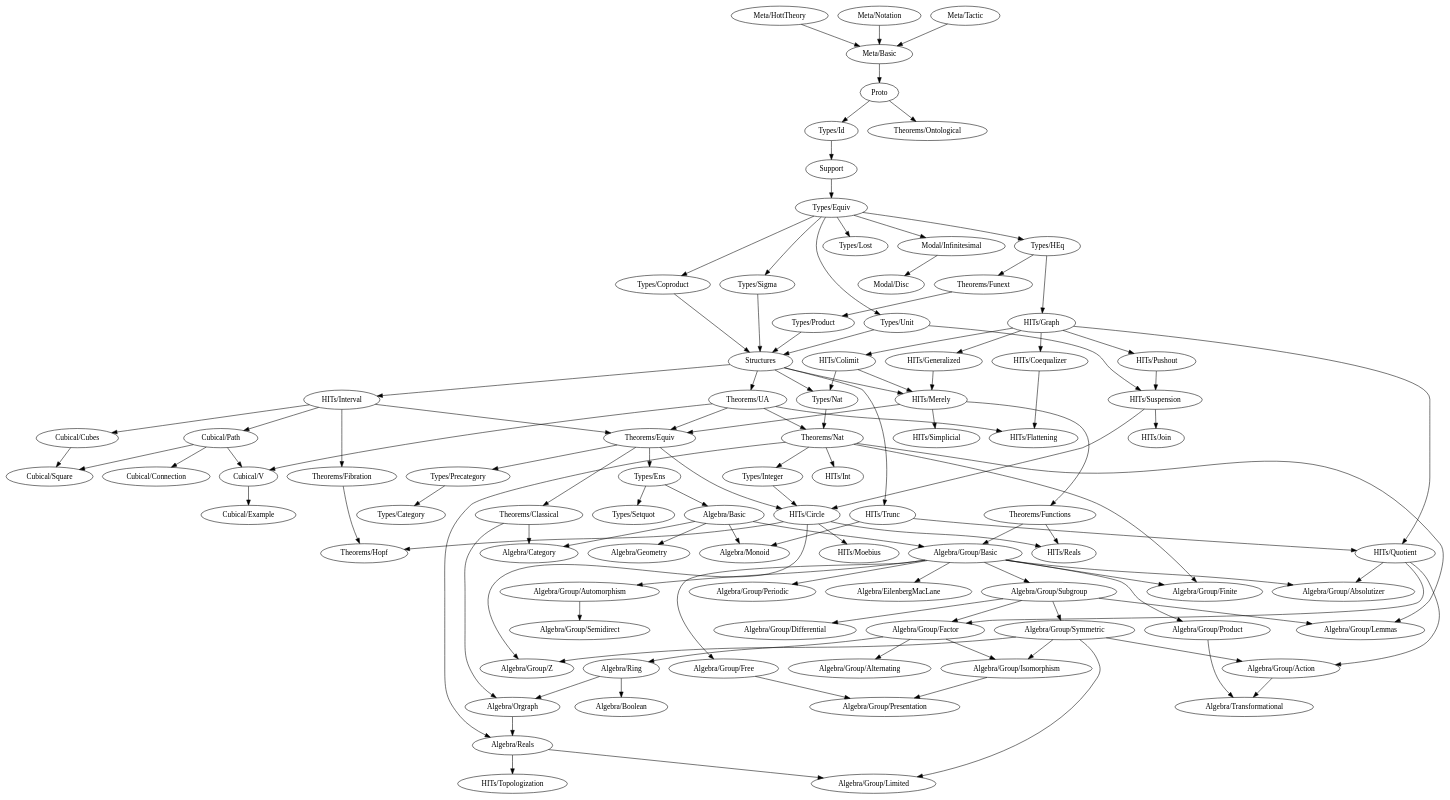
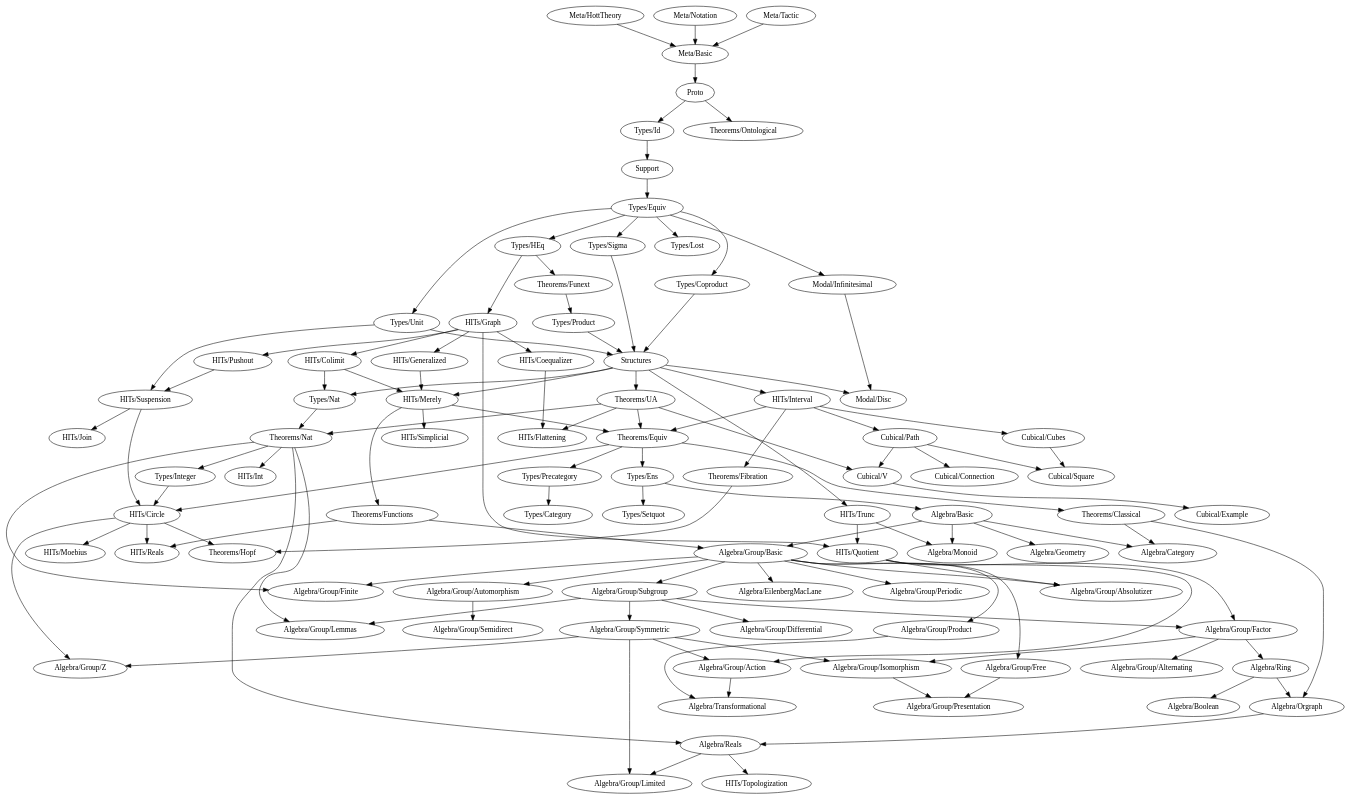
One commit to forked-from-1kasper/ground_zero changed the diagram in dependency-map.gv. Above: the diagram before and after it, drawn with Graphviz. The commit also changed 2 other files, not shown here.

```diff
--- a/dependency-map.gv
+++ b/dependency-map.gv
@@ -1,199 +1,200 @@
 digraph dependency_map {
   Proto -> { "Types/Id", "Theorems/Ontological"}
   Support -> "Types/Equiv"
   Structures -> {
     "HITs/Interval",
     "HITs/Merely",
     "HITs/Trunc",
     "Types/Nat",
+    "Modal/Disc",
     "Theorems/UA"
   }
 
   subgraph Algebra {
     "Algebra/Basic" -> {
       "Algebra/Category",
       "Algebra/Monoid",
       "Algebra/Geometry",
       "Algebra/Group/Basic"
     }
     "Algebra/Boolean"
     "Algebra/Category"
     "Algebra/EilenbergMacLane"
     "Algebra/Geometry"
     "Algebra/Monoid"
     "Algebra/Orgraph" -> { "Algebra/Reals" }
     "Algebra/Reals" -> { "Algebra/Group/Limited", "HITs/Topologization" }
     "Algebra/Ring" -> { "Algebra/Boolean", "Algebra/Orgraph" }
     "Algebra/Transformational"
   }
 
   subgraph "Algebra/Group" {
     "Algebra/Group/Absolutizer"
     "Algebra/Group/Action" -> "Algebra/Transformational"
     "Algebra/Group/Alternating"
     "Algebra/Group/Automorphism" -> "Algebra/Group/Semidirect"
     "Algebra/Group/Basic" -> {
       "Algebra/EilenbergMacLane",
       "Algebra/Group/Finite",
       "Algebra/Group/Absolutizer",
       "Algebra/Group/Automorphism",
       "Algebra/Group/Free",
       "Algebra/Group/Periodic",
       "Algebra/Group/Product",
       "Algebra/Group/Subgroup"
     }
     "Algebra/Group/Differential"
     "Algebra/Group/Factor" -> {
       "Algebra/Ring",
       "Algebra/Group/Alternating",
       "Algebra/Group/Isomorphism"
     }
     "Algebra/Group/Finite"
     "Algebra/Group/Free" -> "Algebra/Group/Presentation"
     "Algebra/Group/Isomorphism" -> "Algebra/Group/Presentation"
     "Algebra/Group/Lemmas"
     "Algebra/Group/Limited"
     "Algebra/Group/Periodic"
     "Algebra/Group/Presentation"
     "Algebra/Group/Product" -> { "Algebra/Transformational" }
     "Algebra/Group/Semidirect"
     "Algebra/Group/Subgroup" -> {
       "Algebra/Group/Differential",
       "Algebra/Group/Factor",
       "Algebra/Group/Lemmas",
       "Algebra/Group/Symmetric"
     }
     "Algebra/Group/Symmetric" -> {
       "Algebra/Group/Limited",
       "Algebra/Group/Z",
       "Algebra/Group/Action",
       "Algebra/Group/Isomorphism"
     }
     "Algebra/Group/Z"
   }
 
   subgraph Types {
     "Types/Category"
     "Types/Coproduct" -> { Structures }
     "Types/Id" -> { Support }
     "Types/Ens" -> { "Algebra/Basic", "Types/Setquot" }
     "Types/Equiv" -> {
       "Types/HEq",
       "Modal/Infinitesimal",
       "Types/Coproduct",
       "Types/Lost",
       "Types/Unit",
       "Types/Sigma"
     }
     "Types/HEq" -> {
       "HITs/Graph", "Theorems/Funext"
     }
     "Types/Integer" -> "HITs/Circle"
     "Types/Lost"
     "Types/Nat" -> { "Theorems/Nat" }
     "Types/Precategory" -> { "Types/Category" }
     "Types/Product" -> { Structures }
     "Types/Setquot"
     "Types/Sigma" -> { Structures }
     "Types/Unit" -> { Structures, "HITs/Suspension" }
   }
 
   subgraph HITs {
     "HITs/Circle" -> {
       "Algebra/Group/Z",
       "Theorems/Hopf",
       "HITs/Moebius",
       "HITs/Reals"
     }
     "HITs/Coequalizer" -> { "HITs/Flattening" }
     "HITs/Colimit" -> { "HITs/Merely", "Types/Nat" }
     "HITs/Flattening"
     "HITs/Generalized" -> "HITs/Merely"
     "HITs/Graph" -> {
       "HITs/Coequalizer",
       "HITs/Colimit",
       "HITs/Generalized",
       "HITs/Pushout",
       "HITs/Quotient"
     }
     "HITs/Interval" -> {
       "Cubical/Cubes",
       "Cubical/Path",
       "Theorems/Equiv",
       "Theorems/Fibration"
     }
     "HITs/Join"
     "HITs/Merely" -> {
       "Theorems/Equiv",
       "HITs/Simplicial",
       "Theorems/Functions"
     }
     "HITs/Moebius"
     "HITs/Pushout" -> {
       "HITs/Suspension"
     }
     "HITs/Quotient" -> {
       "Algebra/Group/Absolutizer",
       "Algebra/Group/Action",
       "Algebra/Group/Factor"
     }
     "HITs/Reals"
     "HITs/Simplicial"
     "HITs/Suspension" -> { "HITs/Circle", "HITs/Join" }
     "HITs/Topologization"
     "HITs/Trunc" -> { "Algebra/Monoid", "HITs/Quotient" }
   }
 
   subgraph Cubical {
     "Cubical/Connection"
     "Cubical/Cubes" -> "Cubical/Square"
     "Cubical/Example"
     "Cubical/Path" -> {
       "Cubical/Square",
       "Cubical/V",
       "Cubical/Connection"
     }
     "Cubical/Square"
     "Cubical/V" -> { "Cubical/Example" }
   }
 
   subgraph Meta {
     "Meta/Basic" -> Proto
     "Meta/HottTheory" -> "Meta/Basic"
     "Meta/Notation" -> "Meta/Basic"
     "Meta/Tactic" -> "Meta/Basic"
   }
 
   subgraph Modal {
     "Modal/Disc"
     "Modal/Infinitesimal" -> { "Modal/Disc" }
   }
 
   subgraph Theorems {
     "Theorems/Classical" -> { "Algebra/Category", "Algebra/Orgraph" }
     "Theorems/Fibration" -> { "Theorems/Hopf" }
     "Theorems/Functions" -> { "HITs/Reals", "Algebra/Group/Basic" }
     "Theorems/Funext" -> { "Types/Product" }
     "Theorems/Hopf"
     "Theorems/Ontological"
     "Theorems/Nat" -> {
       "Algebra/Group/Finite",
       "Algebra/Reals",
       "HITs/Int",
       "Types/Integer",
       "Algebra/Group/Lemmas"
     }
     "Theorems/Equiv" -> {
       "HITs/Circle",
       "Types/Ens",
       "Types/Precategory",
       "Theorems/Classical"
     }
     "Theorems/UA" -> {
       "HITs/Flattening",
       "Theorems/Nat",
       "Theorems/Equiv",
       "Cubical/V"
     }
   }
 }
```
